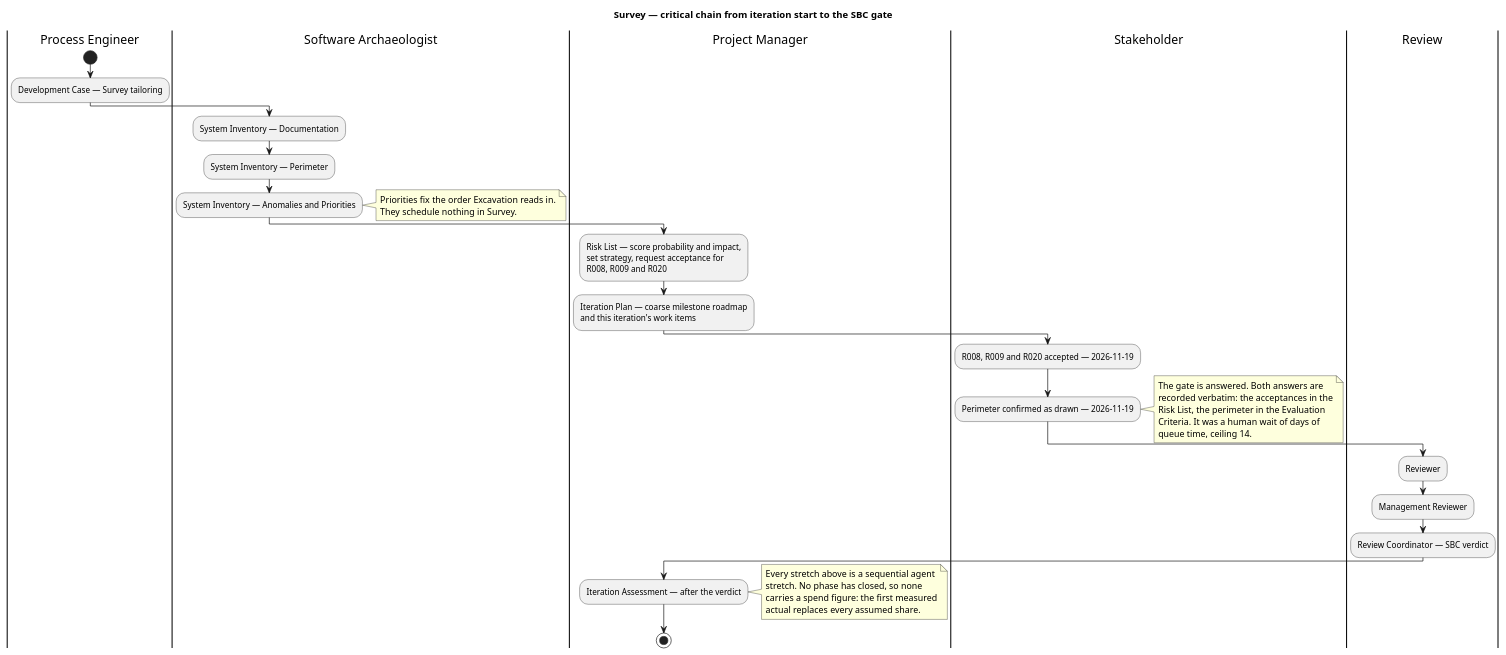
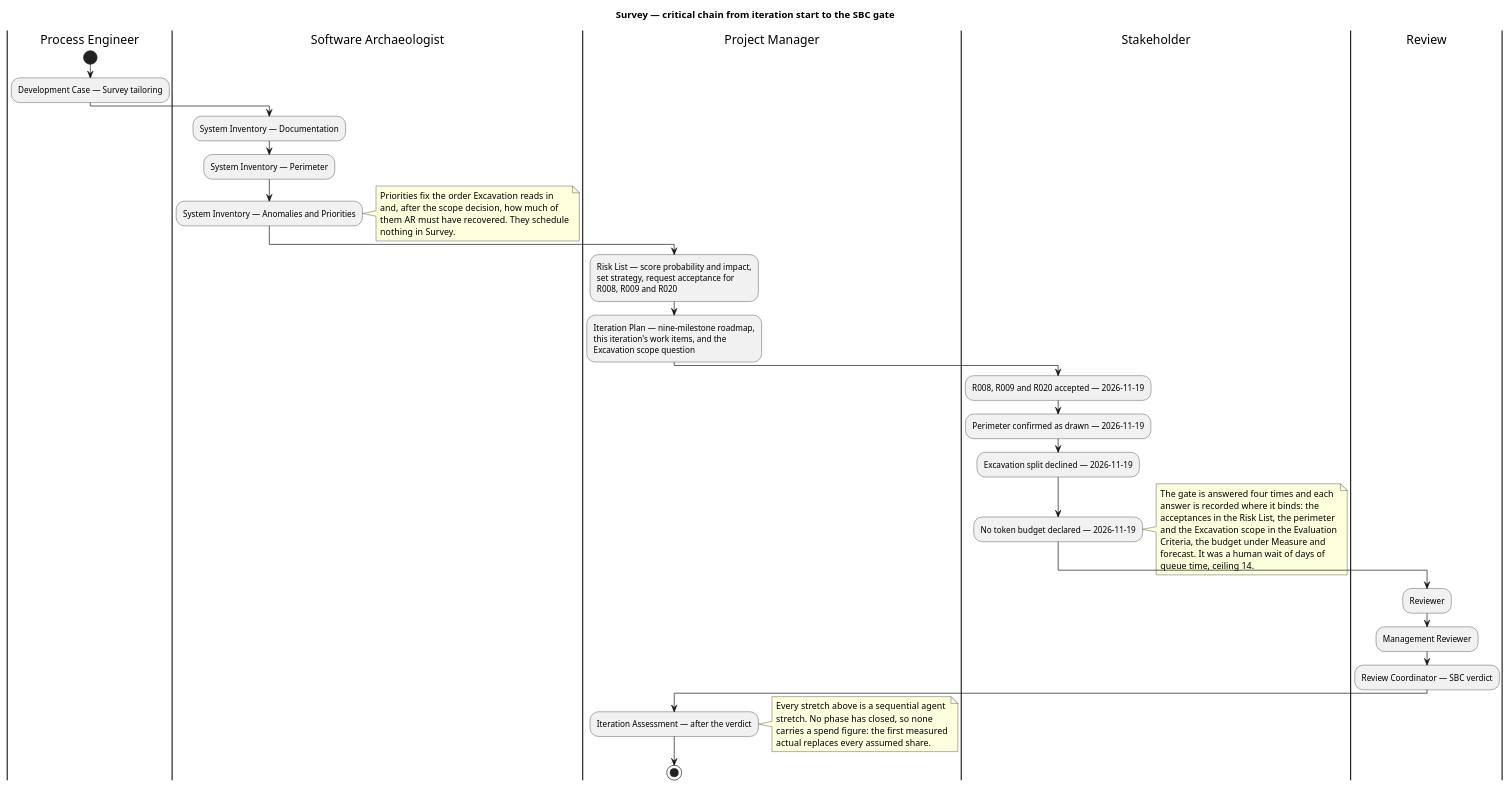
One commit to banense-test/TodoApp changed the third of 3 diagrams in docs/artifacts/project-management/iteration-plan.md. Above: the diagram before and after it, drawn with PlantUML.

Commit message:
Project Manager [Survey1]: upsert Iteration Plan
[skip ci]

````diff
--- a/docs/artifacts/project-management/iteration-plan.md
+++ b/docs/artifacts/project-management/iteration-plan.md
@@ -175,53 +175,60 @@
 ```plantuml
 @startuml
 title Survey — critical chain from iteration start to the SBC gate
 skinparam shadowing false
 skinparam defaultTextAlignment left
 
 |Process Engineer|
 start
 :Development Case — Survey tailoring;
 
 |Software Archaeologist|
 :System Inventory — Documentation;
 :System Inventory — Perimeter;
 :System Inventory — Anomalies and Priorities;
 note right
-  Priorities fix the order Excavation reads in.
-  They schedule nothing in Survey.
+  Priorities fix the order Excavation reads in
+  and, after the scope decision, how much of
+  them AR must have recovered. They schedule
+  nothing in Survey.
 end note
 
 |Project Manager|
 :Risk List — score probability and impact,
 set strategy, request acceptance for
 R008, R009 and R020;
-:Iteration Plan — coarse milestone roadmap
-and this iteration's work items;
+:Iteration Plan — nine-milestone roadmap,
+this iteration's work items, and the
+Excavation scope question;
 
 |Stakeholder|
 :R008, R009 and R020 accepted — 2026-11-19;
 :Perimeter confirmed as drawn — 2026-11-19;
+:Excavation split declined — 2026-11-19;
+:No token budget declared — 2026-11-19;
 note right
-  The gate is answered. Both answers are
-  recorded verbatim: the acceptances in the
-  Risk List, the perimeter in the Evaluation
-  Criteria. It was a human wait of days of
+  The gate is answered four times and each
+  answer is recorded where it binds: the
+  acceptances in the Risk List, the perimeter
+  and the Excavation scope in the Evaluation
+  Criteria, the budget under Measure and
+  forecast. It was a human wait of days of
   queue time, ceiling 14.
 end note
 
 |Review|
 :Reviewer;
 :Management Reviewer;
 :Review Coordinator — SBC verdict;
 
 |Project Manager|
 :Iteration Assessment — after the verdict;
 note right
   Every stretch above is a sequential agent
   stretch. No phase has closed, so none
   carries a spend figure: the first measured
   actual replaces every assumed share.
 end note
 stop
 @enduml
 ```
````
